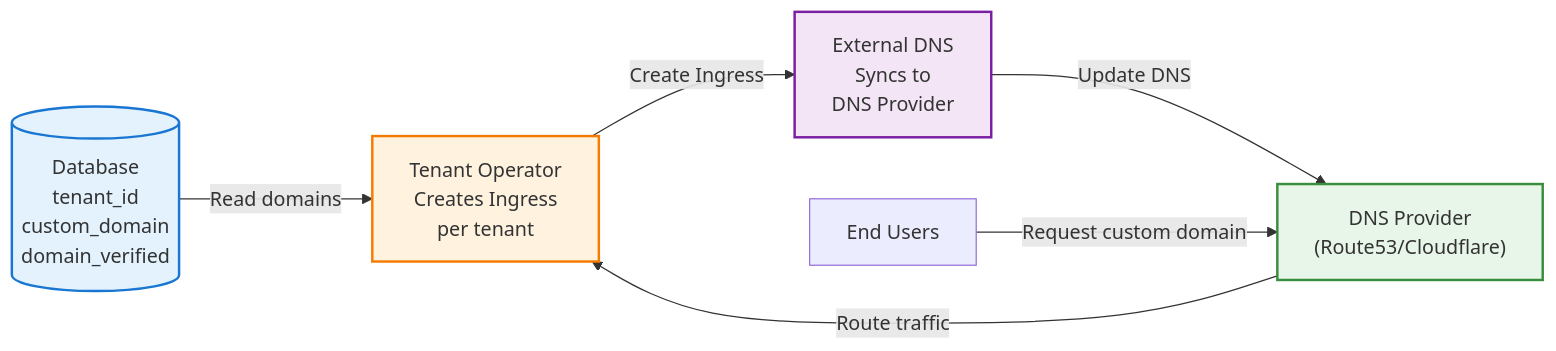
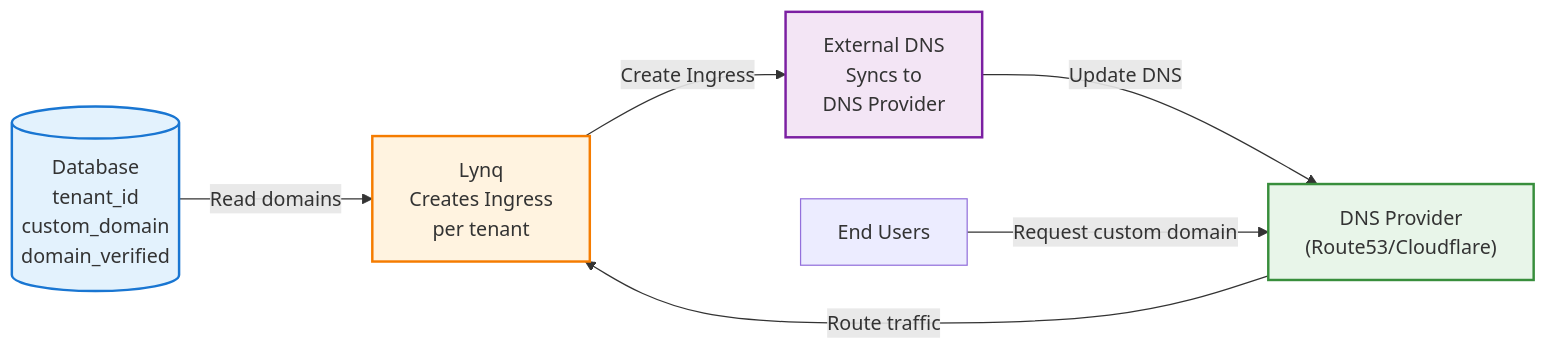
The diagram in docs/use-case-custom-domains.md (kubernetes-tenants/tenant-operator), drawn with Mermaid before and after one commit. The commit also changed other lines of this file and 193 other files, not shown here.

````diff
--- a/docs/use-case-custom-domains.md
+++ b/docs/use-case-custom-domains.md
@@ -15,23 +15,23 @@
 ```mermaid
 flowchart LR
     DB[("Database<br/>tenant_id<br/>custom_domain<br/>domain_verified")]
 
-    TO["Tenant Operator<br/>Creates Ingress<br/>per tenant"]
+    TO["Lynq<br/>Creates Ingress<br/>per tenant"]
 
     ED["External DNS<br/>Syncs to<br/>DNS Provider"]
 
     DNS["DNS Provider<br/>(Route53/Cloudflare)"]
 
     User["End Users"]
 
     DB -->|Read domains| TO
     TO -->|Create Ingress| ED
     ED -->|Update DNS| DNS
     User -->|Request custom domain| DNS
     DNS -->|Route traffic| TO
 
     style DB fill:#e3f2fd,stroke:#1976d2,stroke-width:2px
     style TO fill:#fff3e0,stroke:#f57c00,stroke-width:2px
     style ED fill:#f3e5f5,stroke:#7b1fa2,stroke-width:2px
     style DNS fill:#e8f5e9,stroke:#388e3c,stroke-width:2px
 ```
````
